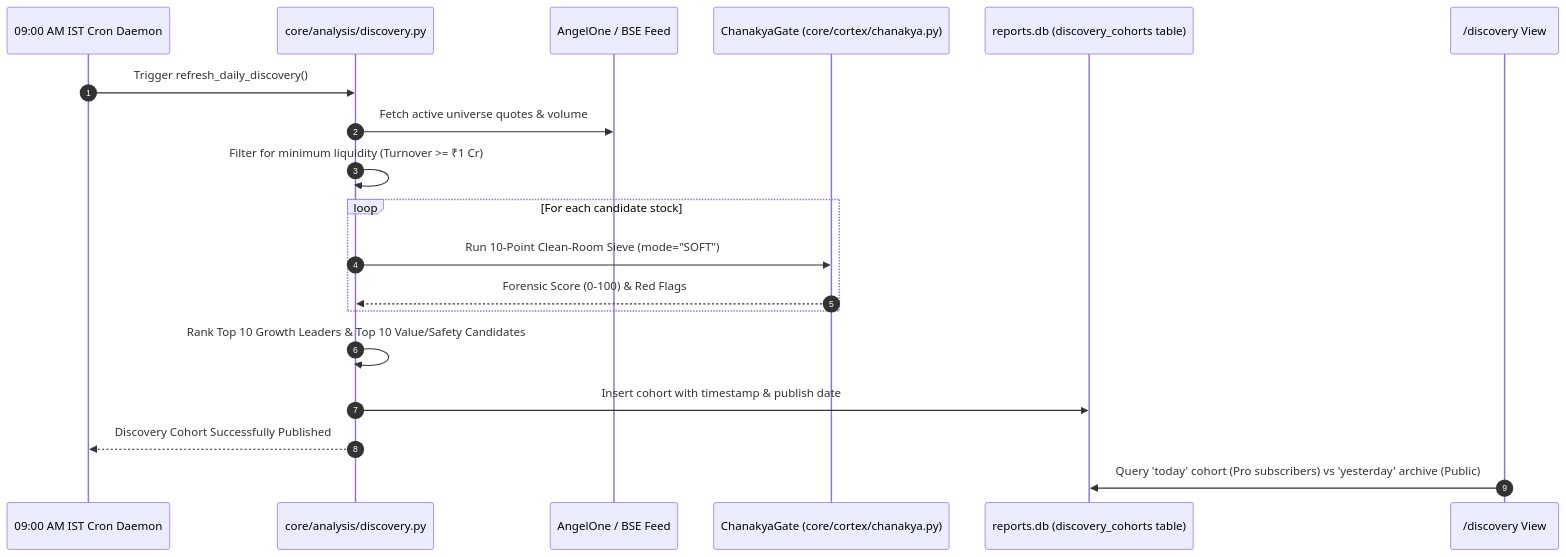
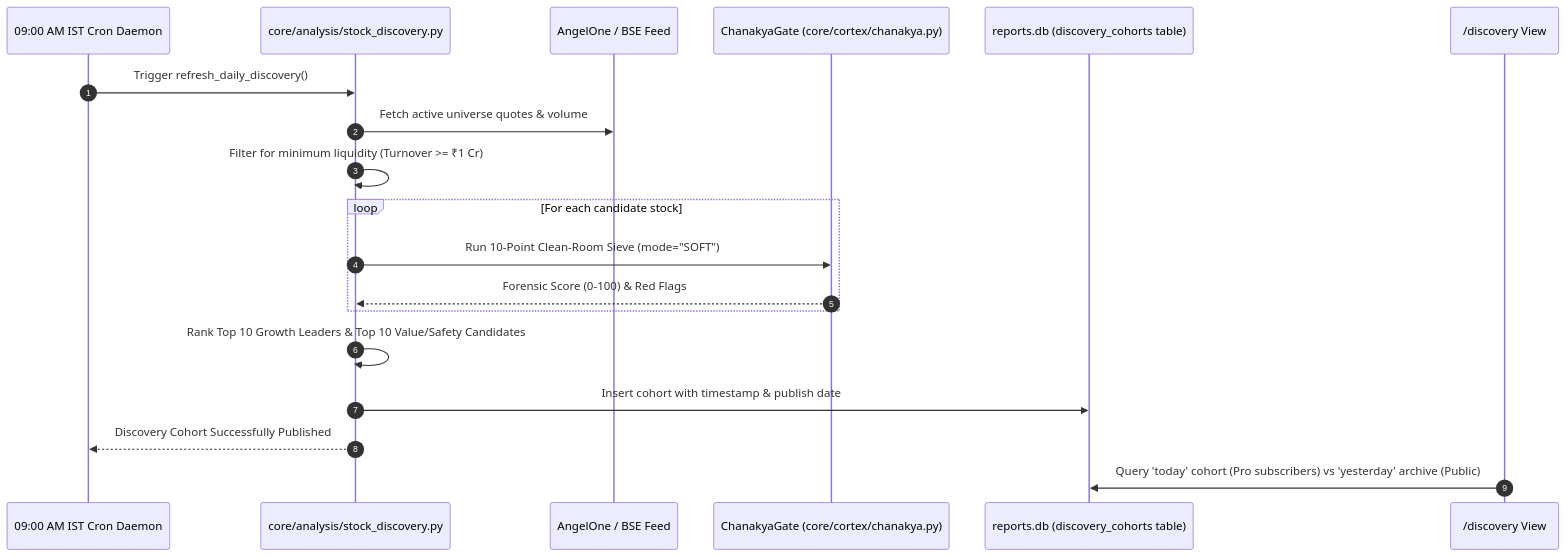
Before and after one commit to jaktheripper-bot/Stock_Research_App: the second of 3 diagrams in .antigravity/docs/EVALUATION_FRAMEWORKS.md, drawn with Mermaid. The commit also changed other lines of this file and 65 other files, not shown here.

````diff
--- a/.antigravity/docs/EVALUATION_FRAMEWORKS.md
+++ b/.antigravity/docs/EVALUATION_FRAMEWORKS.md
@@ -87,22 +87,22 @@
 ```mermaid
 sequenceDiagram
     autonumber
     participant Cron as 09:00 AM IST Cron Daemon
-    participant Disc as core/analysis/discovery.py
+    participant Disc as core/analysis/stock_discovery.py
     participant Angel as AngelOne / BSE Feed
     participant Chan as ChanakyaGate (core/cortex/chanakya.py)
     participant DB as reports.db (discovery_cohorts table)
     participant UI as /discovery View
 
     Cron->>Disc: Trigger refresh_daily_discovery()
     Disc->>Angel: Fetch active universe quotes & volume
     Disc->>Disc: Filter for minimum liquidity (Turnover >= ₹1 Cr)
     loop For each candidate stock
         Disc->>Chan: Run 10-Point Clean-Room Sieve (mode="SOFT")
         Chan-->>Disc: Forensic Score (0-100) & Red Flags
     end
     Disc->>Disc: Rank Top 10 Growth Leaders & Top 10 Value/Safety Candidates
     Disc->>DB: Insert cohort with timestamp & publish date
     Disc-->>Cron: Discovery Cohort Successfully Published
     UI->>DB: Query 'today' cohort (Pro subscribers) vs 'yesterday' archive (Public)
 ```
````
